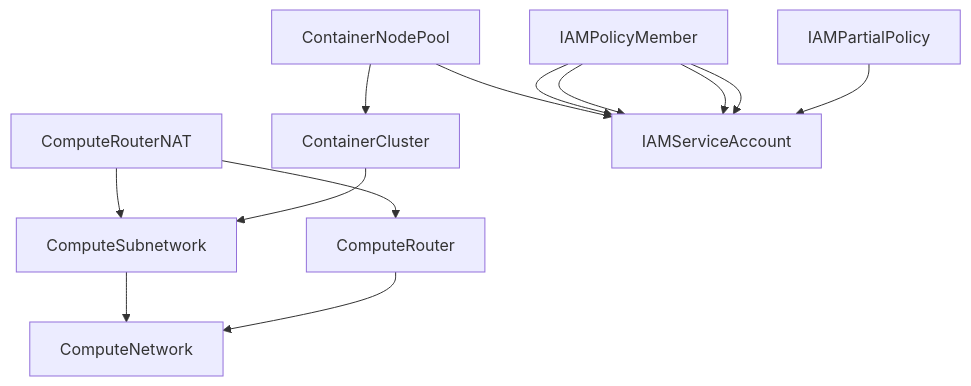
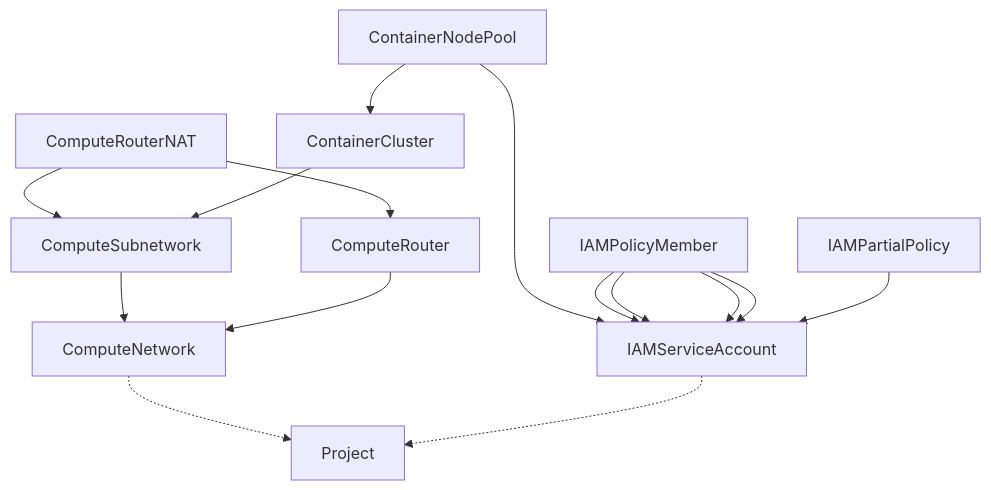
Before and after one commit to mathieu-benoit/acm-workshop: the diagram in content/gke-cluster/create-gke-cluster.md, drawn with Mermaid. The commit also changed 6 other files, not shown here.

Commit message:
implicit Project resources in marmaid charts

```diff
--- a/content/gke-cluster/create-gke-cluster.md
+++ b/content/gke-cluster/create-gke-cluster.md
@@ -214,15 +214,17 @@
 {{< mermaid >}}
 graph TD;
+  ComputeNetwork-.->Project
+  IAMServiceAccount-.->Project
   ComputeSubnetwork-->ComputeNetwork
   ComputeRouterNAT-->ComputeSubnetwork
   ComputeRouterNAT-->ComputeRouter
   ComputeRouter-->ComputeNetwork
   ContainerNodePool-->ContainerCluster
   ContainerNodePool-->IAMServiceAccount
   IAMPolicyMember-->IAMServiceAccount
   IAMPolicyMember-->IAMServiceAccount
   IAMPolicyMember-->IAMServiceAccount
   IAMPolicyMember-->IAMServiceAccount
   IAMPartialPolicy-->IAMServiceAccount
   ContainerCluster-->ComputeSubnetwork
 {{< /mermaid >}}
```
